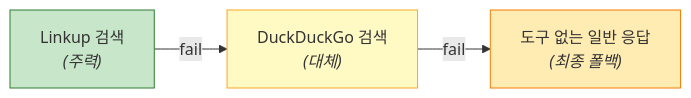
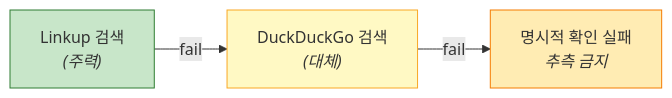
Diagram 13 of 15 in docs/ARCHITECTURE.ko.md (kim0040/masamong), drawn with Mermaid before and after one commit. The commit also changed other lines of this file and 12 other files, not shown here.

````diff
--- a/docs/ARCHITECTURE.ko.md
+++ b/docs/ARCHITECTURE.ko.md
@@ -721,9 +728,9 @@
 ```mermaid
 flowchart LR
     L["Linkup 검색<br/><i>(주력)</i>"] -->|"fail"| D["DuckDuckGo 검색<br/><i>(대체)</i>"]
-    D -->|"fail"| F["도구 없는 일반 응답<br/><i>(최종 폴백)</i>"]
+    D -->|"fail"| F["명시적 확인 실패<br/><i>추측 금지</i>"]
 
     style L fill:#c8e6c9,stroke:#2e7d32
     style D fill:#fff9c4,stroke:#f9a825
     style F fill:#ffecb3,stroke:#f57c00
 ```
````
